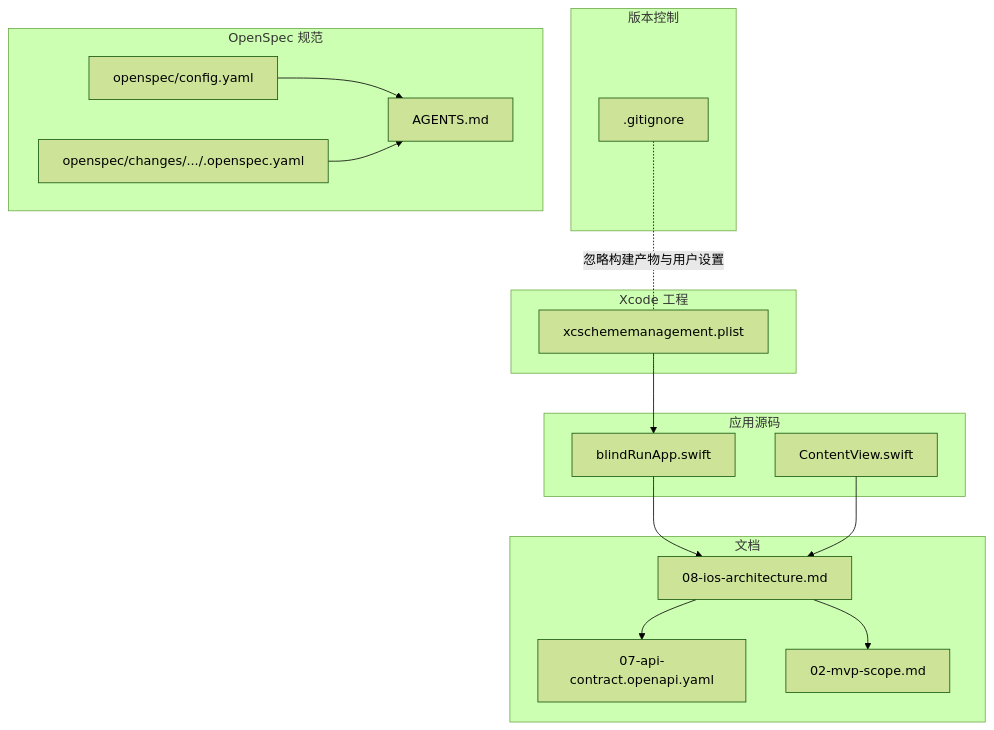
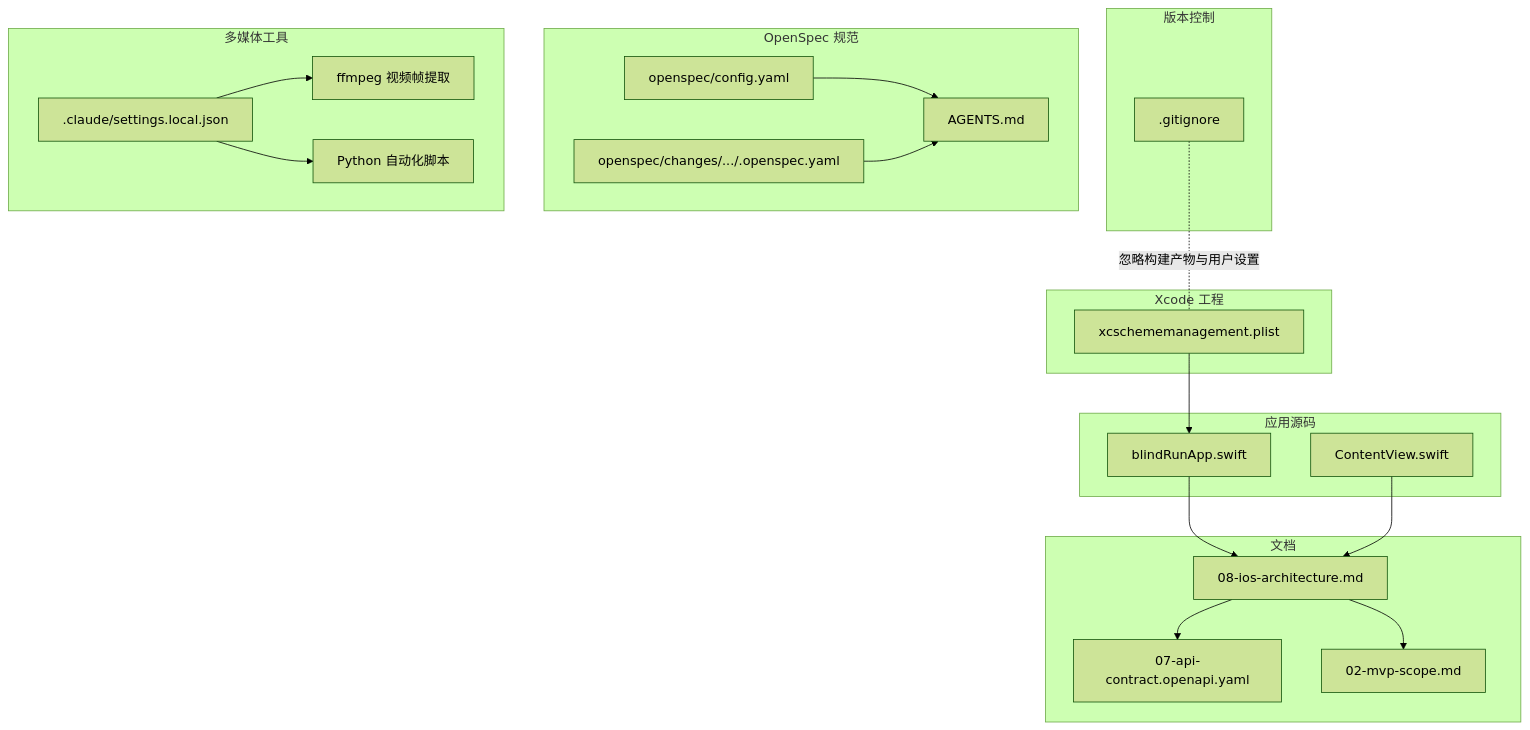
Before and after one commit to Jayden23018/blind-run-ios: the first of 4 diagrams in .qoder/repowiki/zh/content/开发指南/开发环境配置/开发环境配置.md, drawn with Mermaid (forest theme). The commit also changed other lines of this file and 29 other files, not shown here.

````diff
--- a/.qoder/repowiki/zh/content/开发指南/开发环境配置/开发环境配置.md
+++ b/.qoder/repowiki/zh/content/开发指南/开发环境配置/开发环境配置.md
@@ -43,31 +49,38 @@
 ```mermaid
 graph TB
 subgraph "应用源码"
 A["blindRunApp.swift"]
 B["ContentView.swift"]
 end
 subgraph "文档"
 D["08-ios-architecture.md"]
 E["07-api-contract.openapi.yaml"]
 F["02-mvp-scope.md"]
 end
 subgraph "Xcode 工程"
 G["xcschememanagement.plist"]
 end
 subgraph "版本控制"
 H[".gitignore"]
 end
 subgraph "OpenSpec 规范"
 I["openspec/config.yaml"]
 J["openspec/changes/.../.openspec.yaml"]
 K["AGENTS.md"]
 end
+subgraph "多媒体工具"
+L[".claude/settings.local.json"]
+M["ffmpeg 视频帧提取"]
+N["Python 自动化脚本"]
+end
 A --> D
 B --> D
 D --> E
 D --> F
 G --> A
 H -. "忽略构建产物与用户设置" .- G
 I --> K
 J --> K
+L --> M
+L --> N
 ```
````
